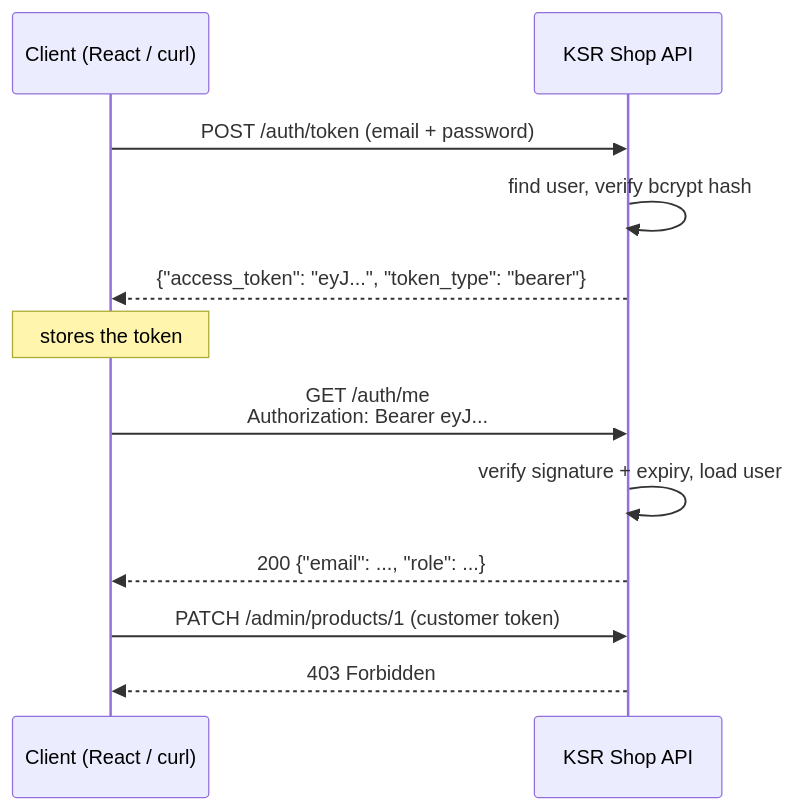
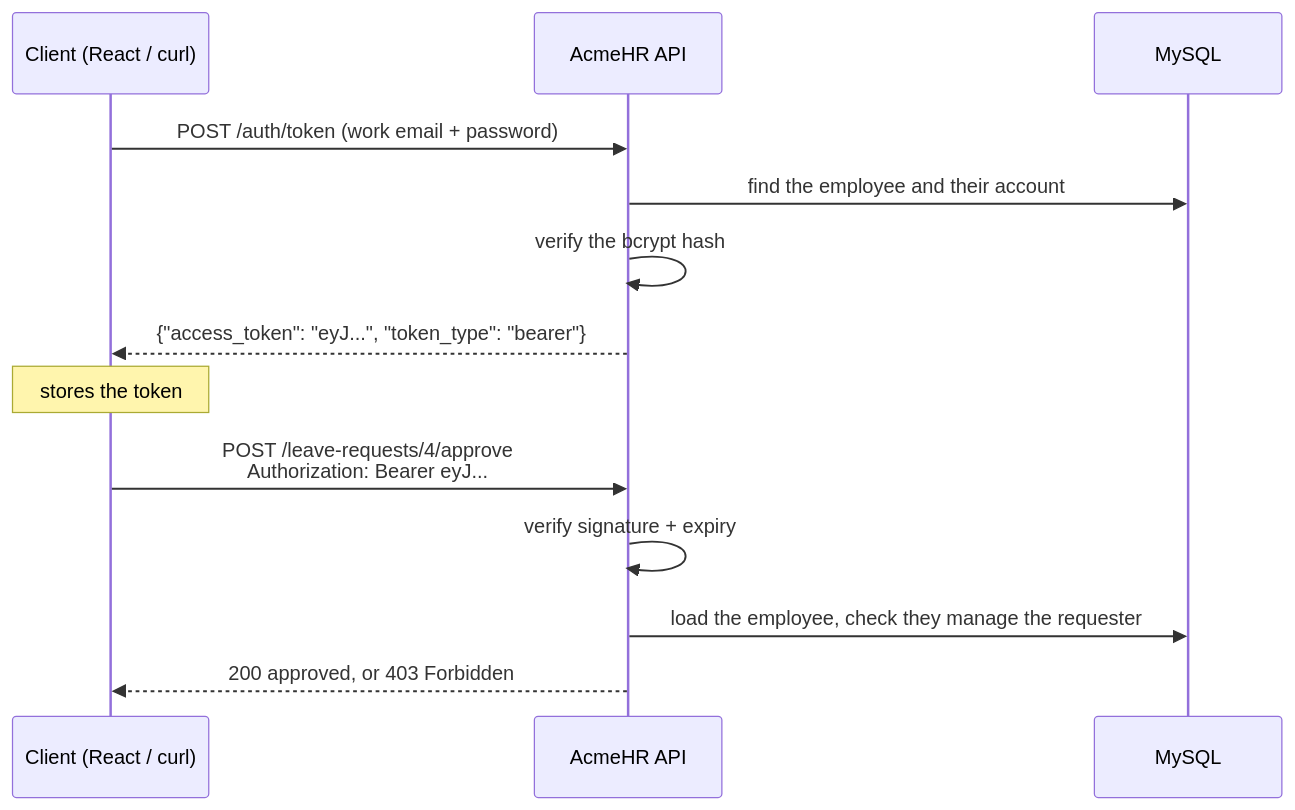
One commit to kyedumati/KASI-FULLSTACK-MATERIAL changed the diagram in docs/python/fastapi/10-authentication-jwt.md. Above: the diagram before and after it, drawn with Mermaid. The commit also changed other lines of this file and 17 other files, not shown here.

First line of the commit message:
Rebuild the FastAPI module on the AcmeHR project

````diff
--- a/docs/python/fastapi/10-authentication-jwt.md
+++ b/docs/python/fastapi/10-authentication-jwt.md
@@ -34,14 +44,15 @@
 ```mermaid
 sequenceDiagram
   participant C as Client (React / curl)
-  participant A as KSR Shop API
-  C->>A: POST /auth/token (email + password)
-  A->>A: find user, verify bcrypt hash
+  participant A as AcmeHR API
+  participant M as MySQL
+  C->>A: POST /auth/token (work email + password)
+  A->>M: find the employee and their account
+  A->>A: verify the bcrypt hash
   A-->>C: {"access_token": "eyJ...", "token_type": "bearer"}
   Note over C: stores the token
-  C->>A: GET /auth/me<br/>Authorization: Bearer eyJ...
-  A->>A: verify signature + expiry, load user
-  A-->>C: 200 {"email": ..., "role": ...}
-  C->>A: PATCH /admin/products/1 (customer token)
-  A-->>C: 403 Forbidden
+  C->>A: POST /leave-requests/4/approve<br/>Authorization: Bearer eyJ...
+  A->>A: verify signature + expiry
+  A->>M: load the employee, check they manage the requester
+  A-->>C: 200 approved, or 403 Forbidden
 ```
````
